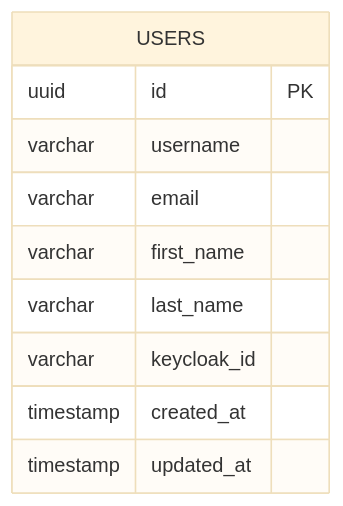
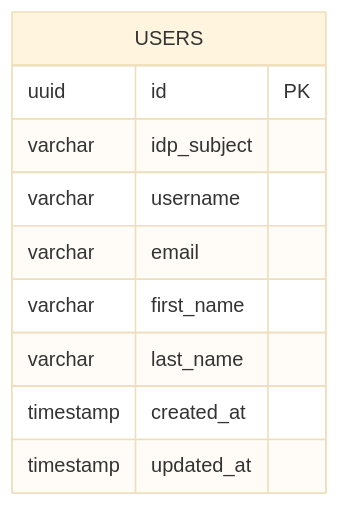
Before and after one commit to ricsanfre/spring-microservices-otel-k8s: the fifth of 5 diagrams in README.md, drawn with Mermaid (base theme). The commit also changed other lines of this file and 2 other files, not shown here.

````diff
--- a/README.md
+++ b/README.md
@@ -311,13 +317,13 @@
 ```mermaid
 erDiagram
     USERS {
         uuid id PK
+        varchar idp_subject
         varchar username
         varchar email
         varchar first_name
         varchar last_name
-        varchar keycloak_id
         timestamp created_at
         timestamp updated_at
     }
 ```
````
